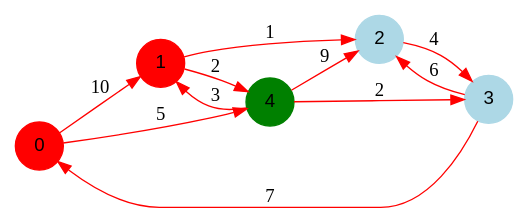
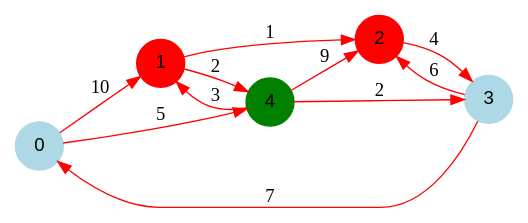
One commit to benech17/Shortest-Path changed the diagram in programme1/output/dotFiles/graph3/graph3_2.dot. Above: the diagram before and after it, drawn with Graphviz. The commit also changed 21 other files, not shown here.

```diff
--- a/programme1/output/dotFiles/graph3/graph3_2.dot
+++ b/programme1/output/dotFiles/graph3/graph3_2.dot
@@ -1,19 +1,19 @@
 digraph graphe {
 rankdir = LR;
 edge [color=red];
-0 [fontname="Arial", shape = circle, color=red, style=filled];
+0 [fontname="Arial", shape = circle, color=lightblue, style=filled];
 1 [fontname="Arial", shape = circle, color=red, style=filled];
-2 [fontname="Arial", shape = circle, color=lightblue, style=filled];
+2 [fontname="Arial", shape = circle, color=red, style=filled];
 3 [fontname="Arial", shape = circle, color=lightblue, style=filled];
 4 [fontname="Arial", shape = circle, color=green, style=filled];
 	0 -> 1 [label = "10"];
 	0 -> 4 [label = "5"];
 	1 -> 2 [label = "1"];
 	1 -> 4 [label = "2"];
 	2 -> 3 [label = "4"];
 	3 -> 0 [label = "7"];
 	3 -> 2 [label = "6"];
 	4 -> 1 [label = "3"];
 	4 -> 2 [label = "9"];
 	4 -> 3 [label = "2"];
 }
```
